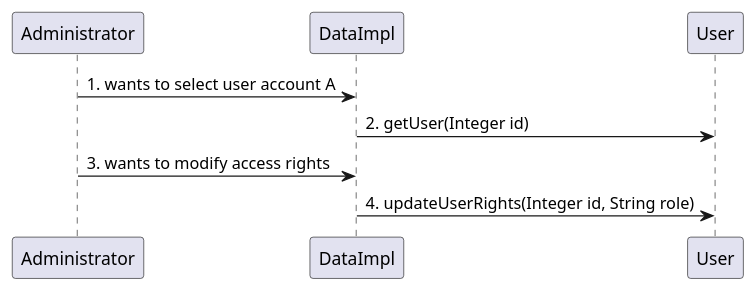
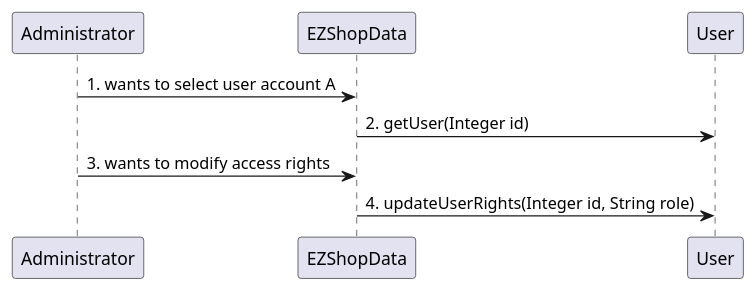
The eighth of 31 diagrams in Deliverables/DesignDocument.md (djemar/softeng_ezshop), drawn with PlantUML before and after one commit. The commit also changed other lines of this file, not shown here.

Commit message:
update SequenceDiagrams

````diff
--- a/Deliverables/DesignDocument.md
+++ b/Deliverables/DesignDocument.md
@@ -322,6 +322,6 @@
 ```plantuml
-"Administrator" -> "DataImpl": 1. wants to select user account A
-"DataImpl" -> "User": 2. getUser(Integer id)
-"Administrator" -> "DataImpl": 3. wants to modify access rights
-"DataImpl" -> "User": 4. updateUserRights(Integer id, String role)
+"Administrator" -> "EZShopData": 1. wants to select user account A
+"EZShopData" -> "User": 2. getUser(Integer id)
+"Administrator" -> "EZShopData": 3. wants to modify access rights
+"EZShopData" -> "User": 4. updateUserRights(Integer id, String role)
 ```
````
